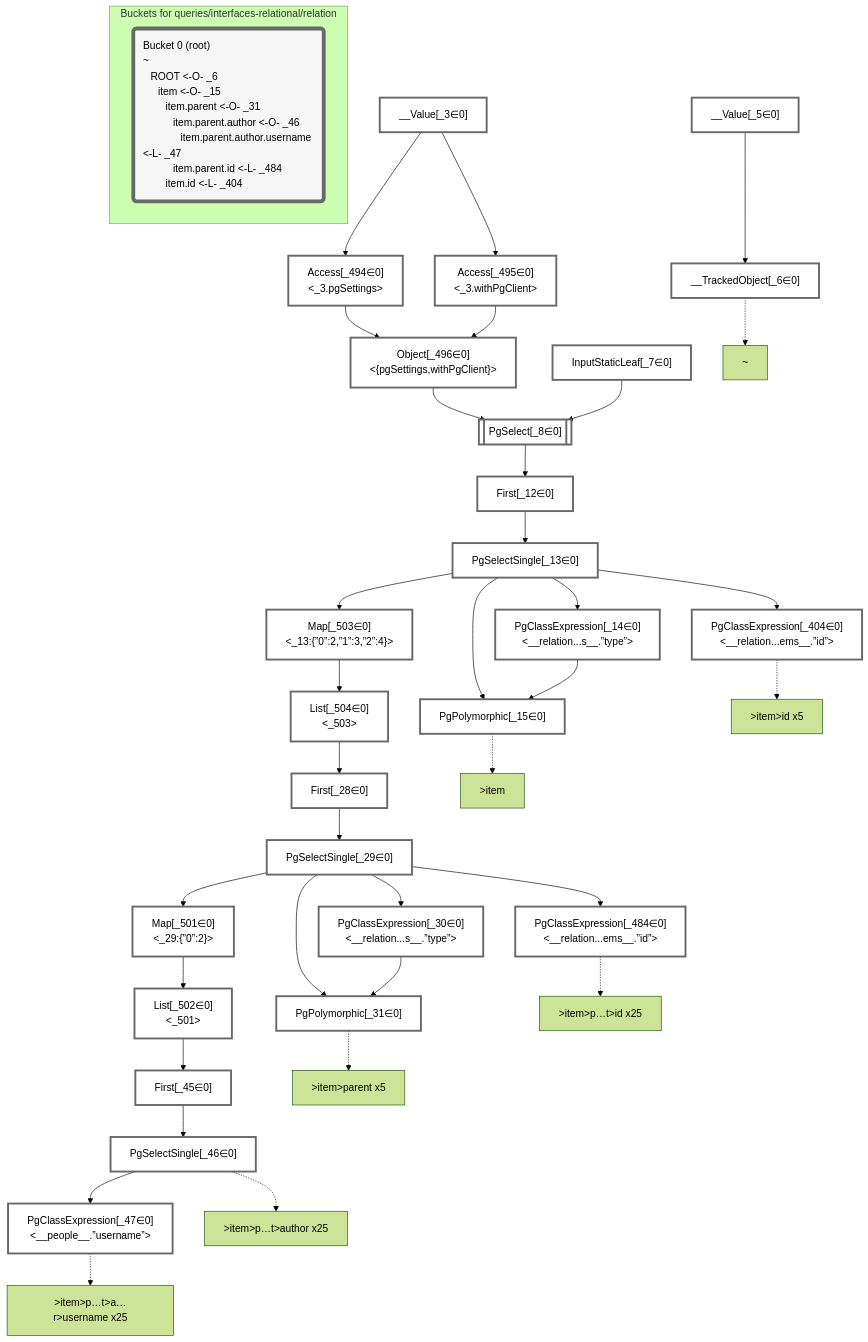
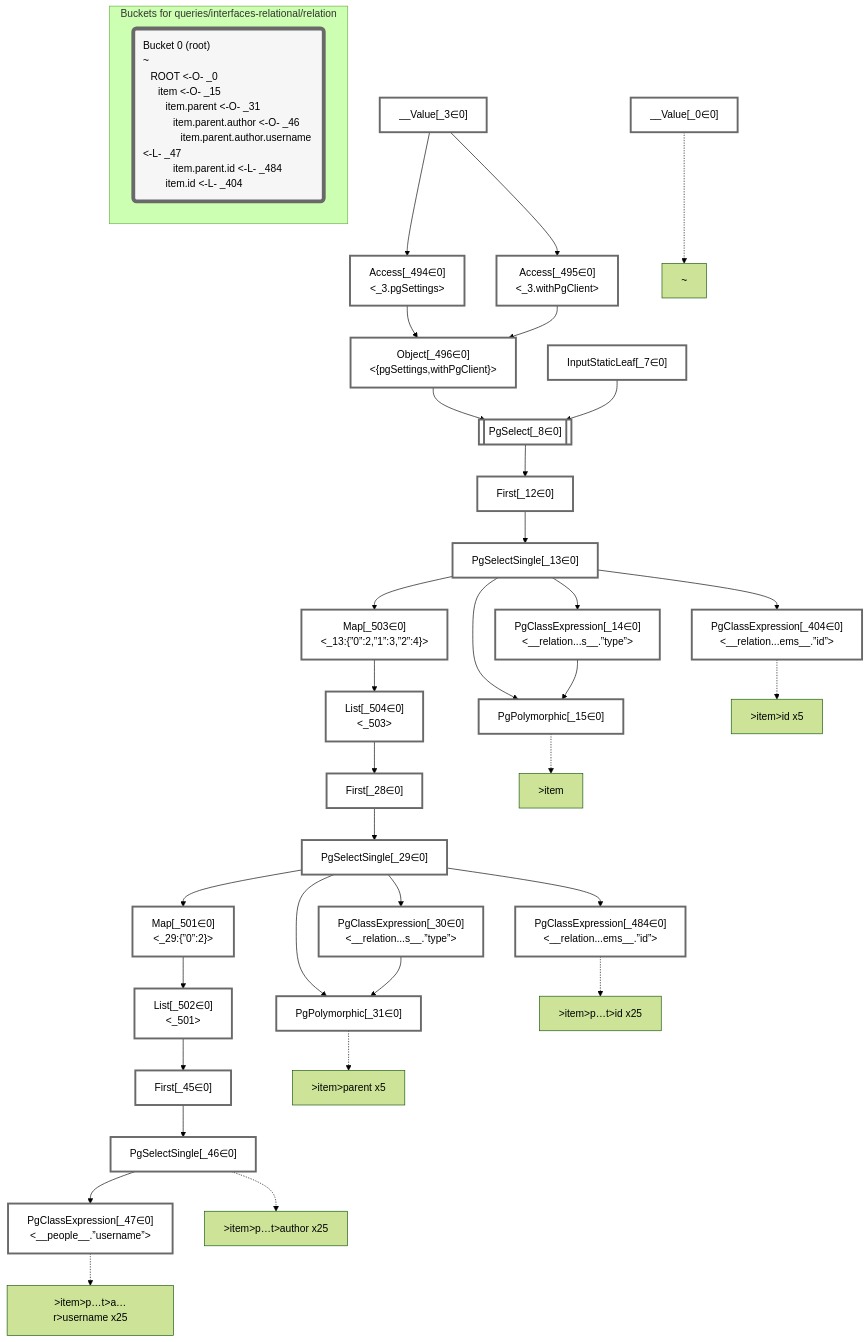
The diagram in packages/dataplan-pg/__tests__/queries/interfaces-relational/relation.mermaid.md (graphile/crystal), drawn with Mermaid (forest theme) before and after one commit. The commit also changed 193 other files, not shown here.

Commit message:
Update test plan snapshots with new root plan

````diff
--- a/packages/dataplan-pg/__tests__/queries/interfaces-relational/relation.mermaid.md
+++ b/packages/dataplan-pg/__tests__/queries/interfaces-relational/relation.mermaid.md
@@ -8,9 +8,8 @@
 
 
     %% define plans
+    __Value_0["__Value[_0∈0]"]:::plan
     __Value_3["__Value[_3∈0]<br /><context>"]:::plan
-    __Value_5["__Value[_5∈0]<br /><rootValue>"]:::plan
-    __TrackedObject_6["__TrackedObject[_6∈0]"]:::plan
     InputStaticLeaf_7["InputStaticLeaf[_7∈0]"]:::plan
     PgSelect_8[["PgSelect[_8∈0]<br /><relational_items>"]]:::plan
     First_12["First[_12∈0]"]:::plan
@@ -35,7 +34,6 @@
     List_504["List[_504∈0]<br /><_503>"]:::plan
 
     %% plan dependencies
-    __Value_5 --> __TrackedObject_6
     Object_496 --> PgSelect_8
     InputStaticLeaf_7 --> PgSelect_8
     PgSelect_8 --> First_12
@@ -63,8 +61,8 @@
     Map_503 --> List_504
 
     %% plan-to-path relationships
-    P_6["~"]
-    __TrackedObject_6 -.-> P_6
+    P_0["~"]
+    __Value_0 -.-> P_0
     P_15[">item"]
     PgPolymorphic_15 -.-> P_15
     P_31[">item>parent x5"]
@@ -80,10 +78,10 @@
 
     %% allocate buckets
     classDef bucket0 stroke:#696969
-    class __Value_3,__Value_5,__TrackedObject_6,InputStaticLeaf_7,PgSelect_8,First_12,PgSelectSingle_13,PgClassExpression_14,PgPolymorphic_15,First_28,PgSelectSingle_29,PgClassExpression_30,PgPolymorphic_31,First_45,PgSelectSingle_46,PgClassExpression_47,PgClassExpression_404,PgClassExpression_484,Access_494,Access_495,Object_496,Map_501,List_502,Map_503,List_504 bucket0
+    class __Value_0,__Value_3,InputStaticLeaf_7,PgSelect_8,First_12,PgSelectSingle_13,PgClassExpression_14,PgPolymorphic_15,First_28,PgSelectSingle_29,PgClassExpression_30,PgPolymorphic_31,First_45,PgSelectSingle_46,PgClassExpression_47,PgClassExpression_404,PgClassExpression_484,Access_494,Access_495,Object_496,Map_501,List_502,Map_503,List_504 bucket0
 
     subgraph "Buckets for queries/interfaces-relational/relation"
-    Bucket0("Bucket 0 (root)<br />~<br />⠀ROOT <-O- _6<br />⠀⠀item <-O- _15<br />⠀⠀⠀item.parent <-O- _31<br />⠀⠀⠀⠀item.parent.author <-O- _46<br />⠀⠀⠀⠀⠀item.parent.author.username <-L- _47<br />⠀⠀⠀⠀item.parent.id <-L- _484<br />⠀⠀⠀item.id <-L- _404"):::bucket
+    Bucket0("Bucket 0 (root)<br />~<br />⠀ROOT <-O- _0<br />⠀⠀item <-O- _15<br />⠀⠀⠀item.parent <-O- _31<br />⠀⠀⠀⠀item.parent.author <-O- _46<br />⠀⠀⠀⠀⠀item.parent.author.username <-L- _47<br />⠀⠀⠀⠀item.parent.id <-L- _484<br />⠀⠀⠀item.id <-L- _404"):::bucket
     style Bucket0 stroke:#696969
     end
 ```
````
